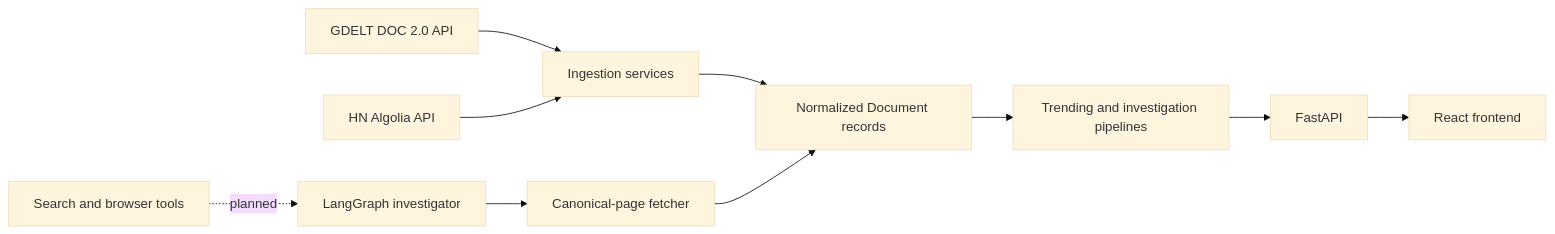
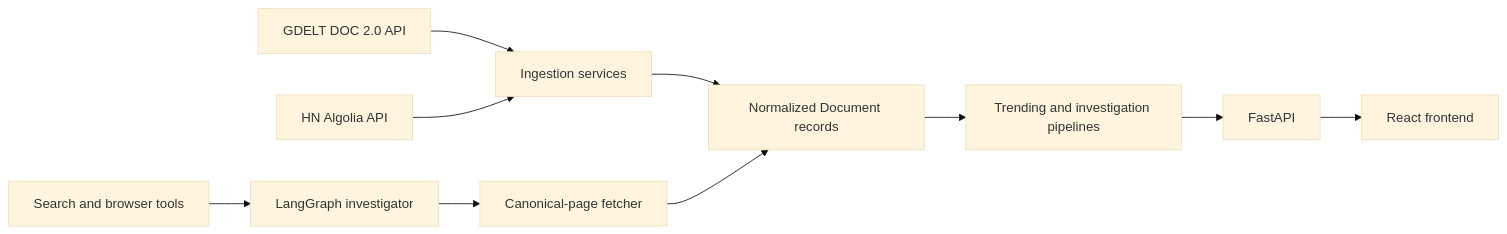
Before and after one commit to mnihad000/rhetoriq: the diagram in README.md, drawn with Mermaid (base theme). The commit also changed other lines of this file and 51 other files, not shown here.

````diff
--- a/README.md
+++ b/README.md
@@ -34,12 +35,12 @@
 ```mermaid
 flowchart LR
     G[GDELT DOC 2.0 API] --> I[Ingestion services]
     H[HN Algolia API] --> I
-    S[Search and browser tools] -. planned .-> D[LangGraph investigator]
+    S[Search and browser tools] --> D[LangGraph investigator]
     I --> N[Normalized Document records]
     D --> F[Canonical-page fetcher]
     F --> N
     N --> T[Trending and investigation pipelines]
     T --> A[FastAPI]
     A --> U[React frontend]
 ```
````
